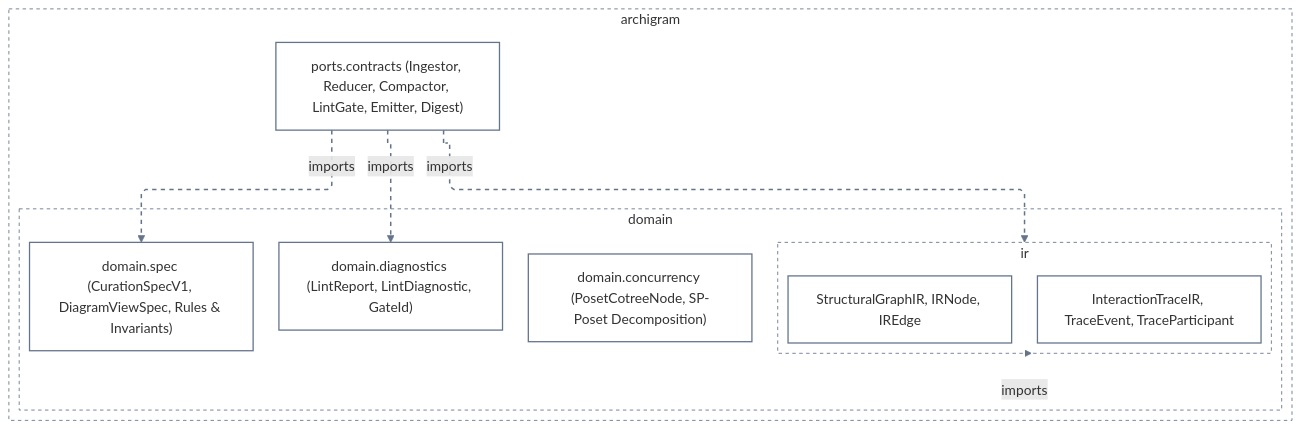
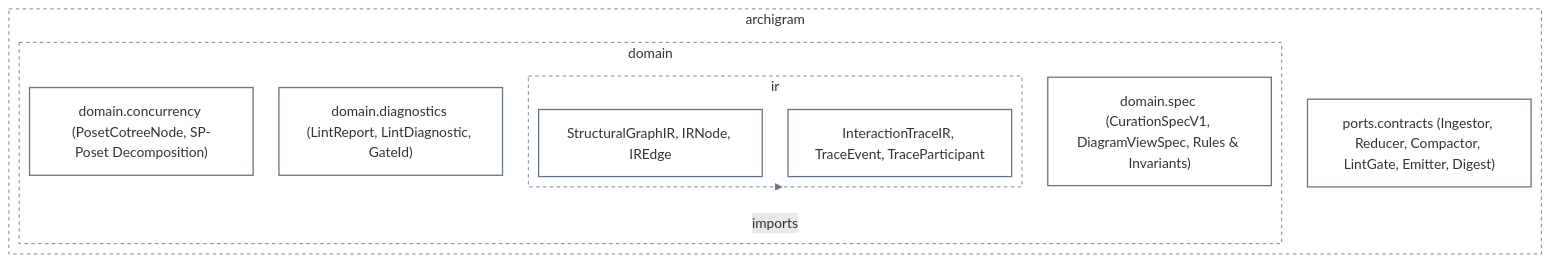
Before and after one commit to klcd/archigram: the diagram in docs/architecture/diagrams/l2a_domain_and_ports_mermaid.mmd, drawn with Mermaid. The commit also changed 39 other files, not shown here.

```diff
--- a/docs/architecture/diagrams/l2a_domain_and_ports_mermaid.mmd
+++ b/docs/architecture/diagrams/l2a_domain_and_ports_mermaid.mmd
@@ -1,32 +1,29 @@
 ---
 config:
   layout: elk
   elk:
     mergeEdges: false
     nodePlacementStrategy: BRANDES_KOEPF
   flowchart:
     defaultRenderer: elk
     curve: linear
 ---
 flowchart TD
   classDef default fill:transparent,stroke:#64748b,stroke-width:1.5px
   subgraph n0["archigram"]
     subgraph n1["domain"]
       subgraph n2["ir"]
         n5["StructuralGraphIR, IRNode, IREdge"]
         n6["InteractionTraceIR, TraceEvent, TraceParticipant"]
       end
       n3["domain.concurrency (PosetCotreeNode, SP-Poset Decomposition)"]
       n4["domain.diagnostics (LintReport, LintDiagnostic, GateId)"]
       n7["domain.spec (CurationSpecV1, DiagramViewSpec, Rules & Invariants)"]
     end
     n8["ports.contracts (Ingestor, Reducer, Compactor, LintGate, Emitter, Digest)"]
   end
   style n0 fill:transparent,stroke:#64748b,stroke-width:1px,stroke-dasharray:4 4
   style n1 fill:transparent,stroke:#64748b,stroke-width:1px,stroke-dasharray:4 4
   style n2 fill:transparent,stroke:#64748b,stroke-width:1px,stroke-dasharray:4 4
-  n8 -.->|"imports"| n4
-  n8 -.->|"imports"| n2
-  n8 -.->|"imports"| n7
   n2 -.->|"imports"| n1
-  linkStyle 0,1,2,3 stroke:#64748b,stroke-width:1.75px,stroke-dasharray:5 5
+  linkStyle 0 stroke:#64748b,stroke-width:1.75px,stroke-dasharray:5 5
```
